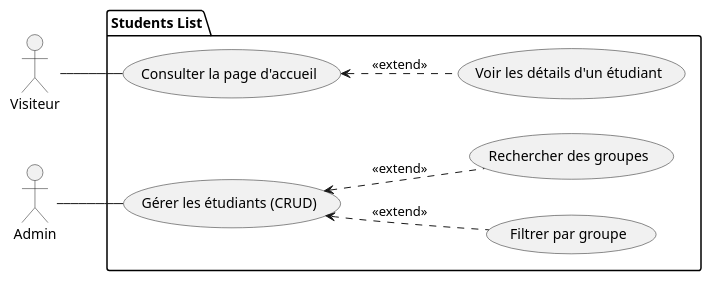
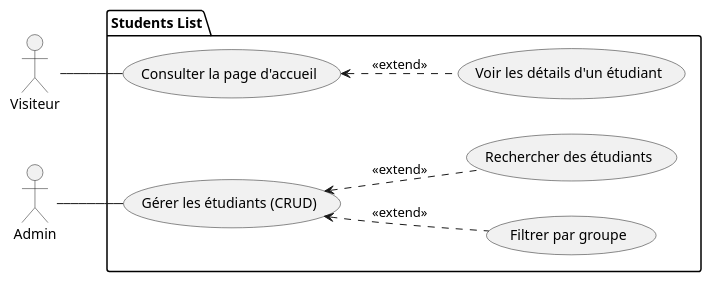
The diagram in useCas.puml (Adnane-x87/Projet-technique), drawn with PlantUML before and after one commit.

```diff
--- a/useCas.puml
+++ b/useCas.puml
@@ -1,23 +1,23 @@
 @startuml
 left to right direction
 actor "Visiteur" as Visiteur
 actor "Admin" as Admin
 
 package "Students List" {
     usecase "Consulter la page d'accueil" as UC_Accueil
     usecase "Voir les détails d'un étudiant" as UC_Details
     
     usecase "Gérer les étudiants (CRUD)" as UC_CRUD
     usecase "Filtrer par groupe" as UC_Filtrer
-    usecase "Rechercher des groupes" as UC_Rechercher
+    usecase "Rechercher des étudiants" as UC_Rechercher
 }
 
 ' Relations Visiteur
 Visiteur -- UC_Accueil
 UC_Accueil <.. UC_Details : <<extend>>
 
 ' Relations Admin
 Admin -- UC_CRUD
 UC_CRUD <.. UC_Filtrer : <<extend>>
 UC_CRUD <.. UC_Rechercher : <<extend>>
 @enduml
```
